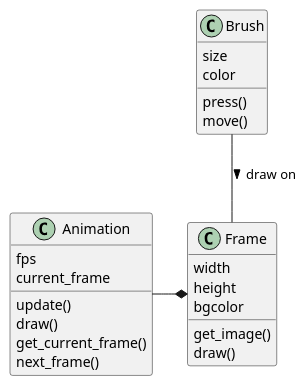
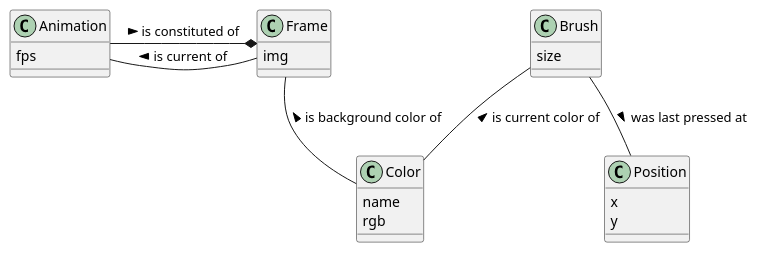
The diagram in docs/animation.pu (guidanoli/edutech-mvp), drawn with PlantUML before and after one commit. The commit also changed 5 other files, not shown here.

```diff
--- a/docs/animation.pu
+++ b/docs/animation.pu
@@ -1,28 +1,31 @@
-@startuml
+@startuml animation
+
 class Animation {
     {field} fps
-    {field} current_frame
-    {method} update()
-    {method} draw()
-    {method} get_current_frame()
-    {method} next_frame()
 }
 
 class Frame {
-    {field} width
-    {field} height
-    {field} bgcolor
-    {method} get_image()
-    {method} draw()
+    {field} img
 }
 
 class Brush {
     {field} size
-    {field} color
-    {method} press()
-    {method} move()
 }
 
-Animation -* Frame
-Brush -- Frame : draw on >
+class Position {
+    {field} x
+    {field} y
+}
+
+class Color {
+    {field} name
+    {field} rgb
+}
+
+Animation -* Frame : is constituted of >
+Animation -- Frame : is current of <
+Frame -- Color : is background color of <
+Brush -- Position : was last pressed at >
+Brush -- Color : is current color of <
+
 @enduml
```
